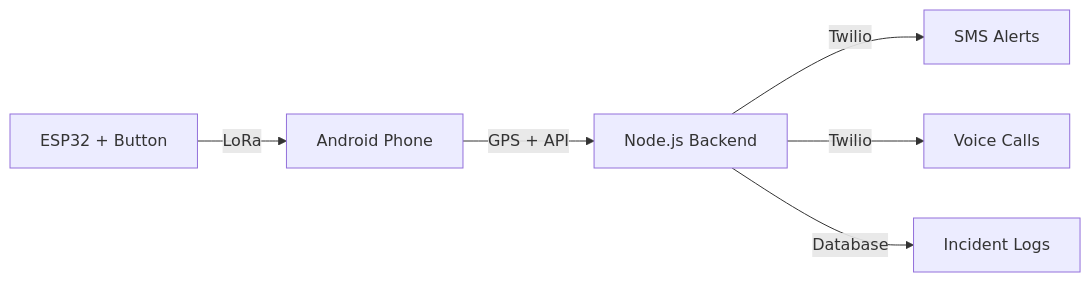
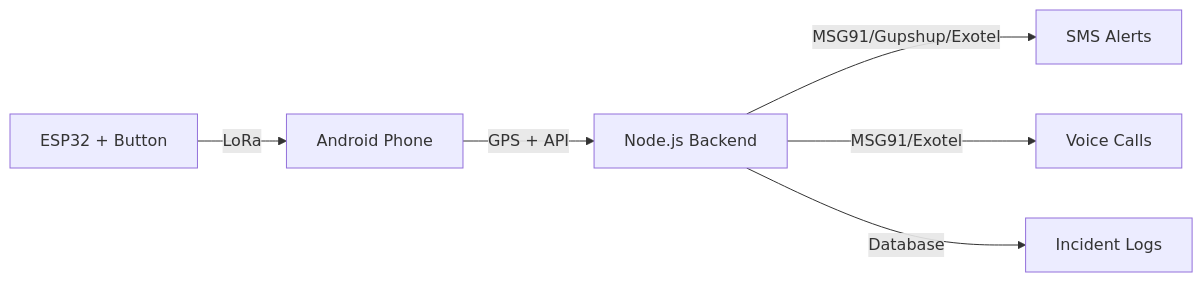
One commit to Thewizardwomanlikeme/women-safety-system changed the diagram in README.md. Above: the diagram before and after it, drawn with Mermaid. The commit also changed other lines of this file and 1 other file, not shown here.

````diff
--- a/README.md
+++ b/README.md
@@ -24,8 +24,8 @@
 ```mermaid
 graph LR
     A[ESP32 + Button] -->|LoRa| B[Android Phone]
     B -->|GPS + API| C[Node.js Backend]
-    C -->|Twilio| D[SMS Alerts]
-    C -->|Twilio| E[Voice Calls]
+    C -->|MSG91/Gupshup/Exotel| D[SMS Alerts]
+    C -->|MSG91/Exotel| E[Voice Calls]
     C -->|Database| F[Incident Logs]
 ```
````
